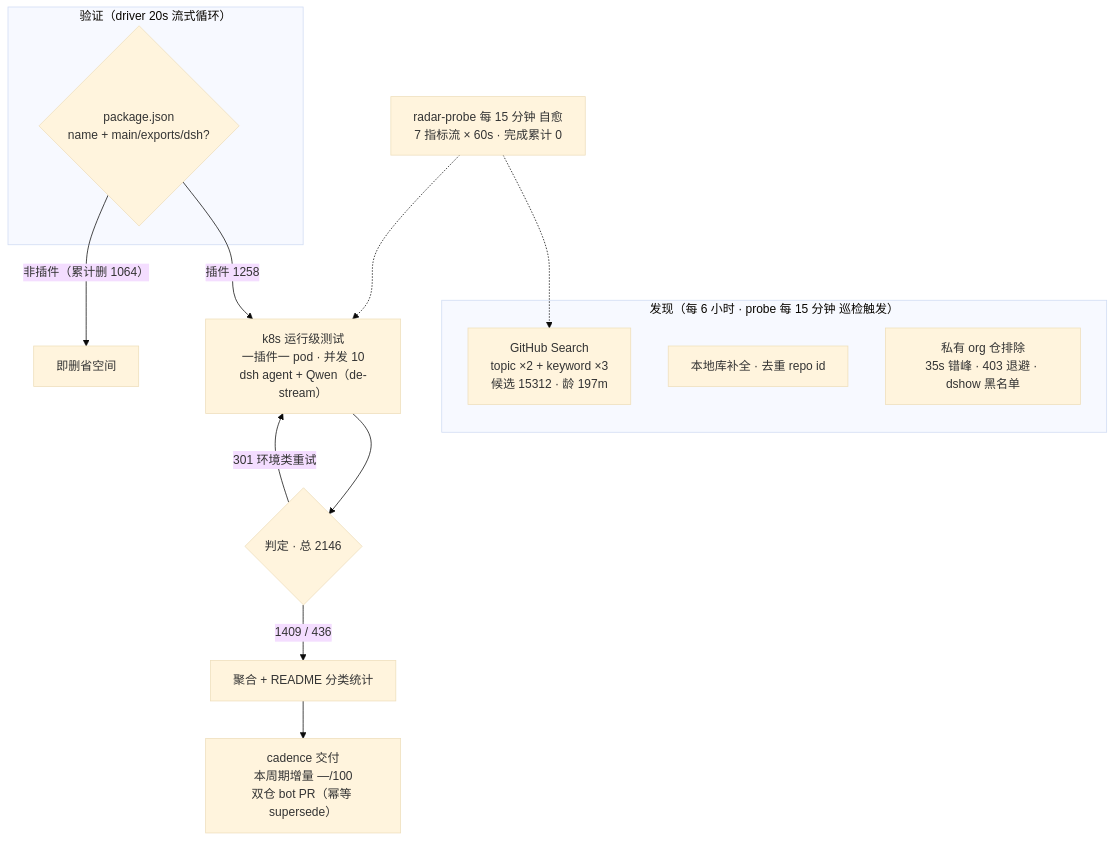
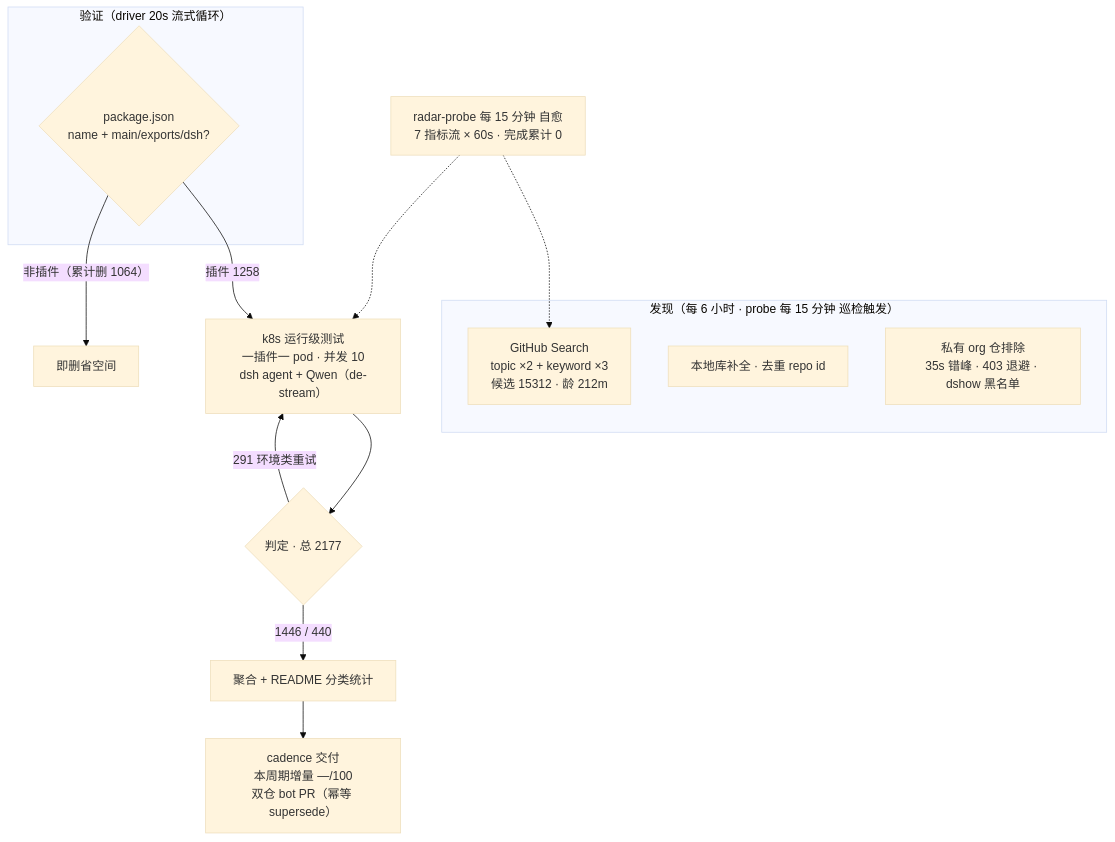
The diagram in README.md (Zhidao-Lab-OSS/awesome-dsh-plugins), drawn with Mermaid (base theme) before and after one commit. The commit also changed other lines of this file and 1 other file, not shown here.

````diff
--- a/README.md
+++ b/README.md
@@ -37,20 +37,20 @@
 ```mermaid
 flowchart TB
     subgraph Discovery["发现（每 6 小时 · probe 每 15 分钟 巡检触发）"]
-        A1["GitHub Search<br/>topic ×2 + keyword ×3<br/>候选 15312 · 龄 197m"]
+        A1["GitHub Search<br/>topic ×2 + keyword ×3<br/>候选 15312 · 龄 212m"]
         A2["本地库补全 · 去重 repo id"]
         A3["私有 org 仓排除<br/>35s 错峰 · 403 退避 · dshow 黑名单"]
     end
     subgraph Validation["验证（driver 20s 流式循环）"]
         B1{"package.json<br/>name + main/exports/dsh?"}
     end
     B1 -->|"插件 1258"| C1["k8s 运行级测试<br/>一插件一 pod · 并发 10<br/>dsh agent + Qwen（de-stream）"]
     B1 -->|"非插件（累计删 1064）"| B3["即删省空间"]
-    C1 --> D1{"判定 · 总 2146"}
-    D1 -->|"1409 / 436"| E1["聚合 + README 分类统计"]
-    D1 -->|"301 环境类重试"| C1
+    C1 --> D1{"判定 · 总 2177"}
+    D1 -->|"1446 / 440"| E1["聚合 + README 分类统计"]
+    D1 -->|"291 环境类重试"| C1
     E1 --> E2["cadence 交付<br/>本周期增量 —/100<br/>双仓 bot PR（幂等 supersede）"]
     M["radar-probe 每 15 分钟 自愈<br/>7 指标流 × 60s · 完成累计 0"]
     M -.-> A1
     M -.-> C1
 ```
````
